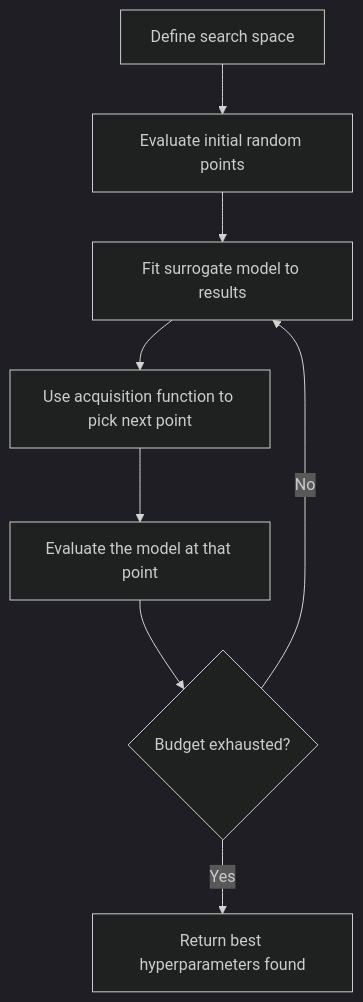
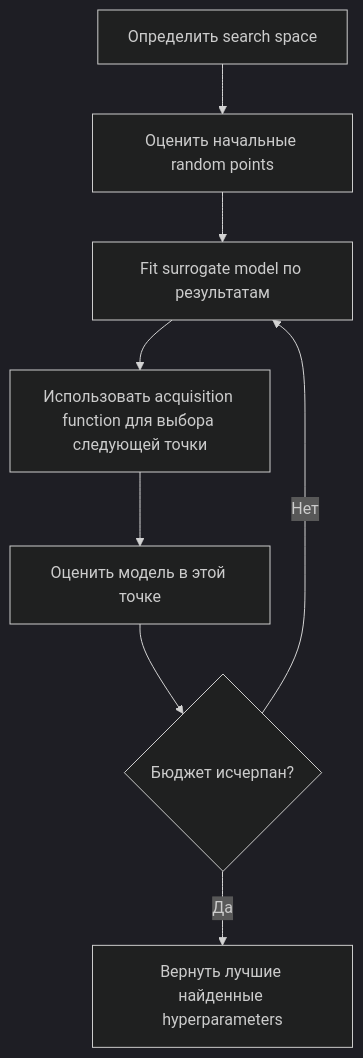
The second of 4 diagrams in phases/02-ml-fundamentals/12-hyperparameter-tuning/docs/ru.md (stabuev/ai-engineering-from-scratch), drawn with Mermaid (dark theme) before and after one commit. The commit also changed other lines of this file and 22 other files, not shown here.

````diff
--- a/phases/02-ml-fundamentals/12-hyperparameter-tuning/docs/ru.md
+++ b/phases/02-ml-fundamentals/12-hyperparameter-tuning/docs/ru.md
@@ -87,10 +87,10 @@
 ```mermaid
 flowchart TD
-    A[Define search space] --> B[Evaluate initial random points]
-    B --> C[Fit surrogate model to results]
-    C --> D[Use acquisition function to pick next point]
-    D --> E[Evaluate the model at that point]
-    E --> F{Budget exhausted?}
-    F -->|No| C
-    F -->|Yes| G[Return best hyperparameters found]
+    A[Определить search space] --> B[Оценить начальные random points]
+    B --> C[Fit surrogate model по результатам]
+    C --> D[Использовать acquisition function для выбора следующей точки]
+    D --> E[Оценить модель в этой точке]
+    E --> F{Бюджет исчерпан?}
+    F -->|Нет| C
+    F -->|Да| G[Вернуть лучшие найденные hyperparameters]
 ```
````
